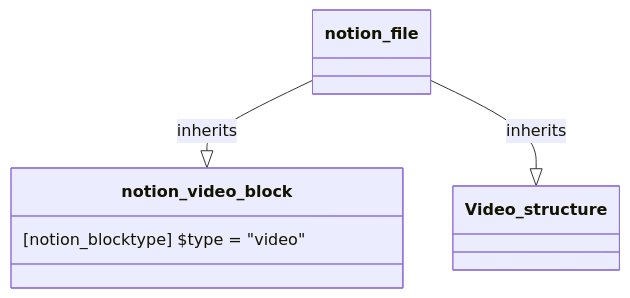
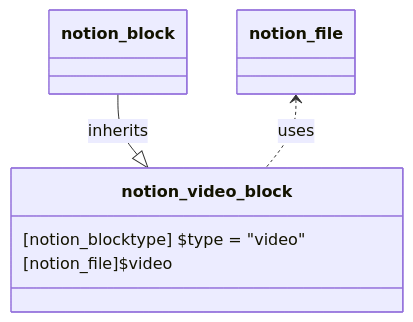
One commit to fasteiner/Notion changed the diagram in source/WikiSource/Classes/Block/33_Video.md. Above: the diagram before and after it, drawn with Mermaid. The commit also changed other lines of this file and 80 other files, not shown here.

````diff
--- a/source/WikiSource/Classes/Block/33_Video.md
+++ b/source/WikiSource/Classes/Block/33_Video.md
@@ -5,11 +5,9 @@
 ```mermaid
 classDiagram
-    class Video_structure {
-    }
-
     class notion_video_block  {
         [notion_blocktype] $type = "video"
+        [notion_file]$video
     }
-    `notion_file` --|> `notion_video_block`:inherits
-    `notion_file` --|> `Video_structure`:inherits
+    `notion_block` --|> `notion_video_block`:inherits
+    `notion_file` <.. `notion_video_block`:uses
 ```
````
